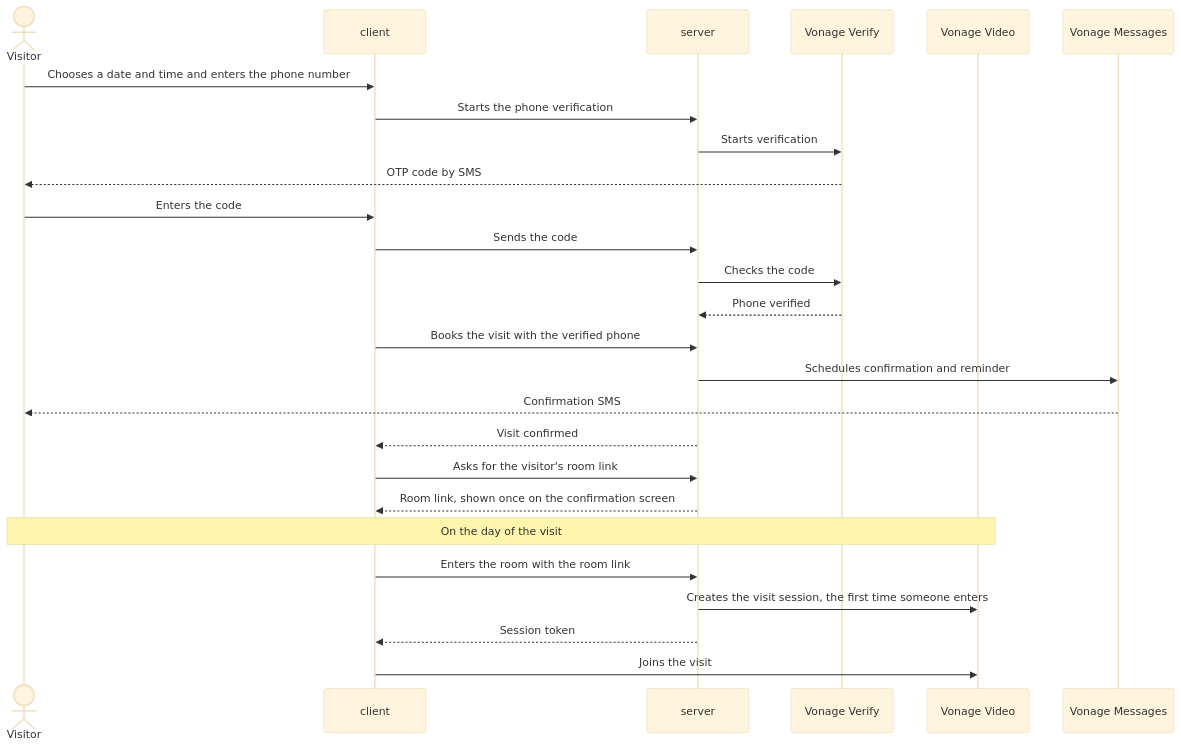
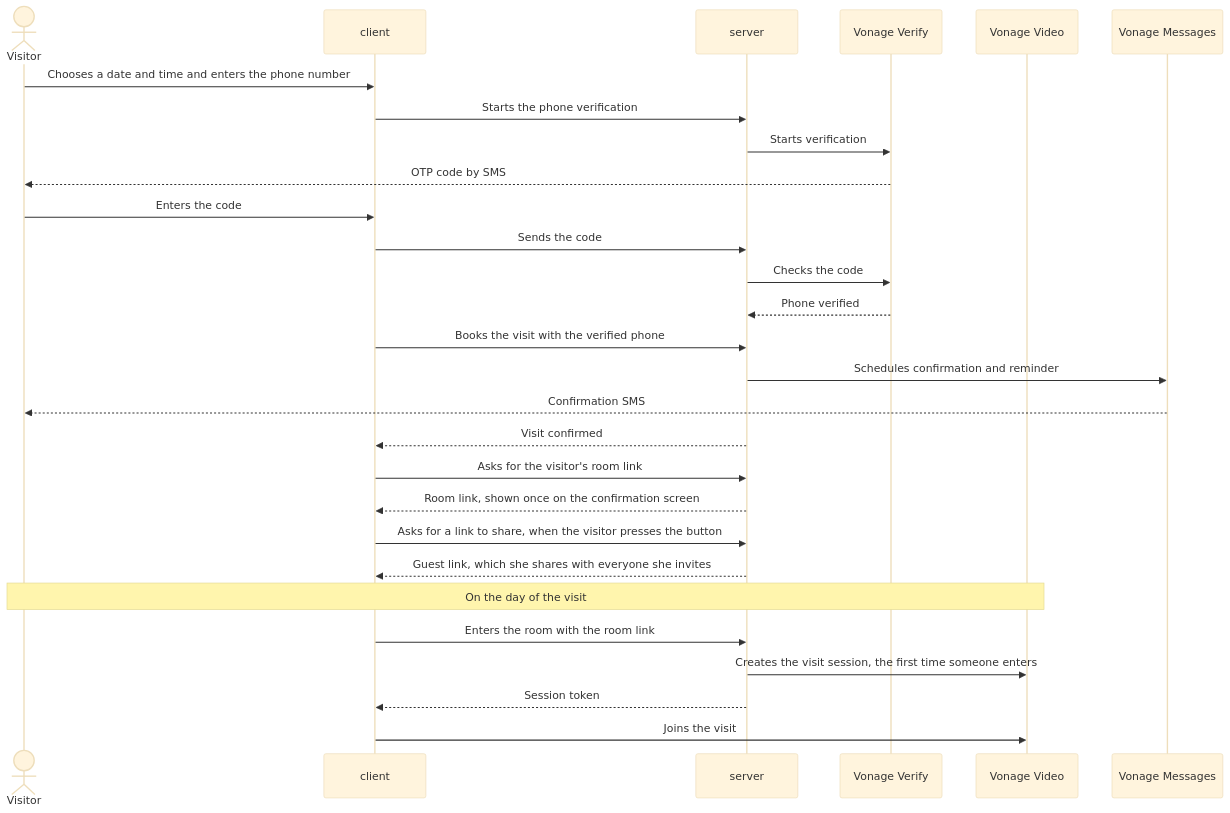
One commit to femCodersClub-vonage-program/secure-property-viewing changed the second of 2 diagrams in docs/architecture/README.md. Above: the diagram before and after it, drawn with Mermaid (base theme). The commit also changed 28 other files, not shown here.

````diff
--- a/docs/architecture/README.md
+++ b/docs/architecture/README.md
@@ -23,28 +23,30 @@
 ```mermaid
 sequenceDiagram
   actor V as Visitor
   participant C as client
   participant S as server
   participant VY as Vonage Verify
   participant VV as Vonage Video
   participant VM as Vonage Messages
   V->>C: Chooses a date and time and enters the phone number
   C->>S: Starts the phone verification
   S->>VY: Starts verification
   VY-->>V: OTP code by SMS
   V->>C: Enters the code
   C->>S: Sends the code
   S->>VY: Checks the code
   VY-->>S: Phone verified
   C->>S: Books the visit with the verified phone
   S->>VM: Schedules confirmation and reminder
   VM-->>V: Confirmation SMS
   S-->>C: Visit confirmed
   C->>S: Asks for the visitor's room link
   S-->>C: Room link, shown once on the confirmation screen
+  C->>S: Asks for a link to share, when the visitor presses the button
+  S-->>C: Guest link, which she shares with everyone she invites
   Note over V,VV: On the day of the visit
   C->>S: Enters the room with the room link
   S->>VV: Creates the visit session, the first time someone enters
   S-->>C: Session token
   C->>VV: Joins the visit
 ```
````
